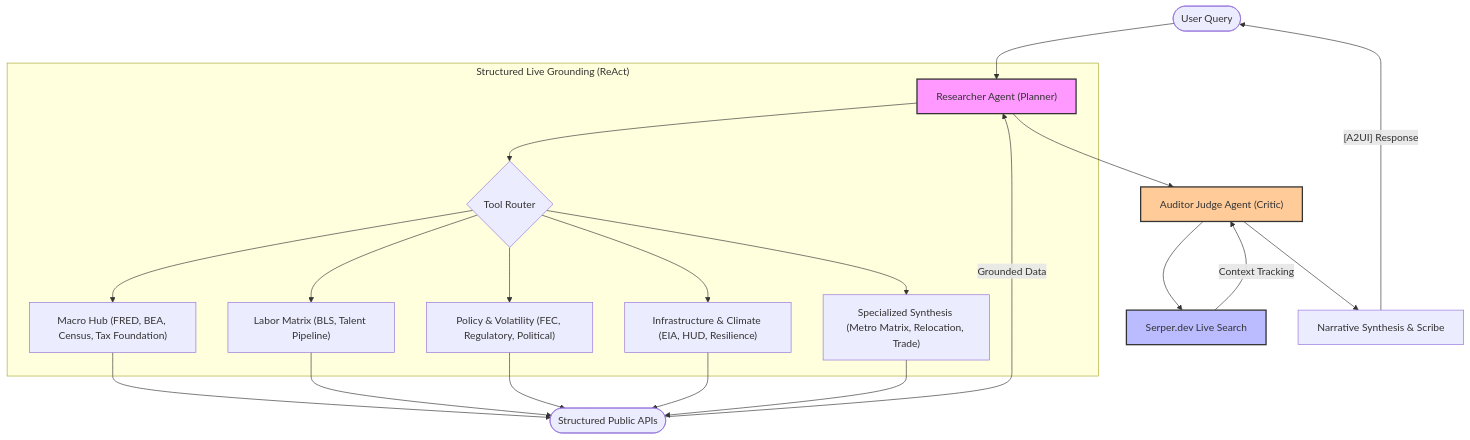
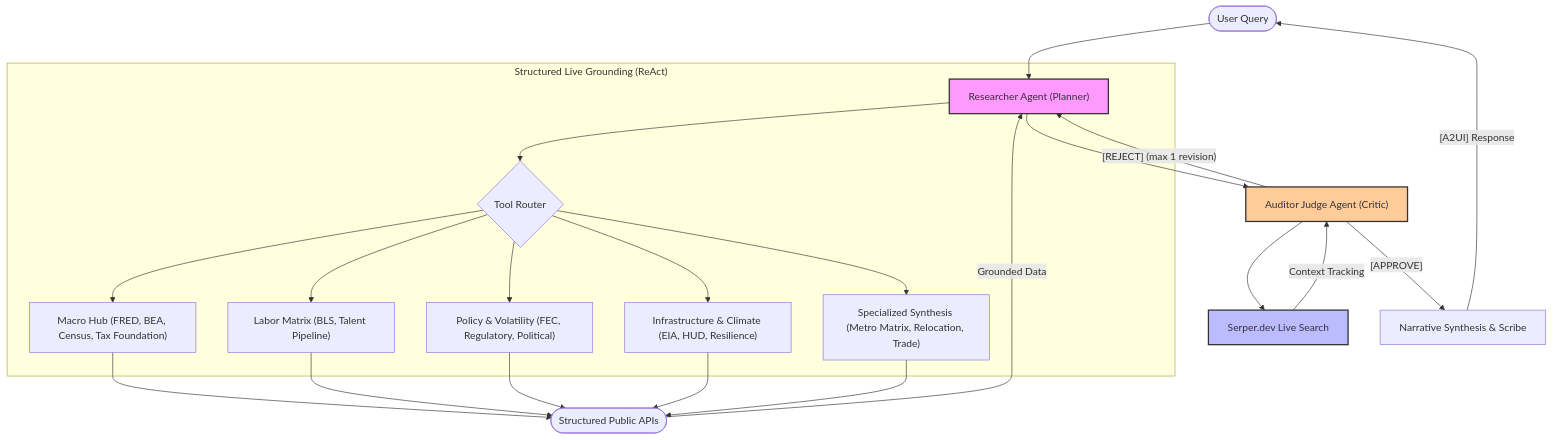
One commit to enriquekalven/adk-samples changed the diagram in contrib/python/economic-research-agent/README.md. Above: the diagram before and after it, drawn with Mermaid. The commit also changed other lines of this file and 51 other files, not shown here.

````diff
--- a/contrib/python/economic-research-agent/README.md
+++ b/contrib/python/economic-research-agent/README.md
@@ -84,32 +84,33 @@
 ```mermaid
 graph TD
     User([User Query]) --> Planner["Researcher Agent (Planner)"]
     
     subgraph "Structured Live Grounding (ReAct)"
         Planner --> ToolRouter{"Tool Router"}
         ToolRouter --> Macro["Macro Hub (FRED, BEA, Census, Tax Foundation)"]
         ToolRouter --> Labor["Labor Matrix (BLS, Talent Pipeline)"]
         ToolRouter --> Policy["Policy & Volatility (FEC, Regulatory, Political)"]
         ToolRouter --> Infra["Infrastructure & Climate (EIA, HUD, Resilience)"]
         ToolRouter --> Specialized["Specialized Synthesis (Metro Matrix, Relocation, Trade)"]
     end
     
     Macro --> LiveAPIs([Structured Public APIs])
     Labor --> LiveAPIs
     Policy --> LiveAPIs
     Infra --> LiveAPIs
     Specialized --> LiveAPIs
     
     LiveAPIs -->|"Grounded Data"| Planner
     
     Planner --> Judge["Auditor Judge Agent (Critic)"]
     Judge --> Search["Serper.dev Live Search"]
     Search -->|"Context Tracking"| Judge
     
-    Judge --> Narrative["Narrative Synthesis & Scribe"]
+    Judge -->|"[REJECT] (max 1 revision)"| Planner
+    Judge -->|"[APPROVE]"| Narrative["Narrative Synthesis & Scribe"]
     Narrative -->|"[A2UI] Response"| User
     
     style Planner fill:#f9f,stroke:#333,stroke-width:2px
     style Judge fill:#ffcc99,stroke:#333,stroke-width:2px
     style Search fill:#bbf,stroke:#333,stroke-width:2px
 ```
````
